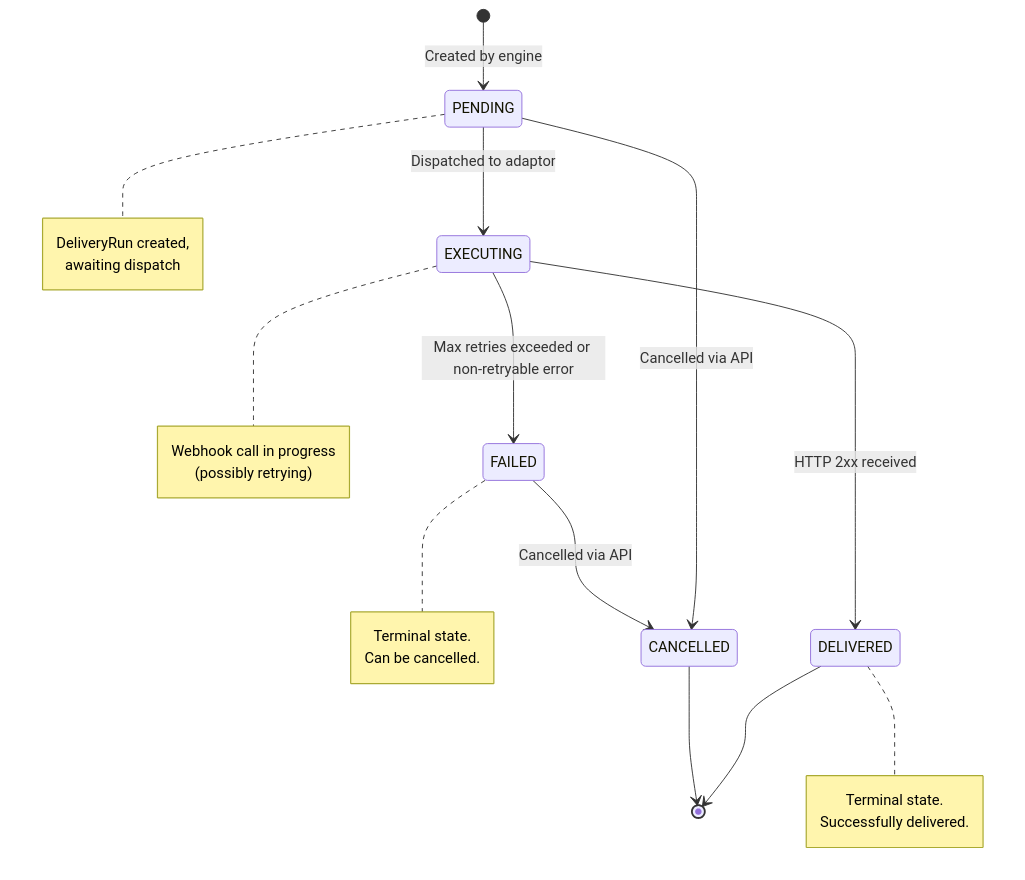
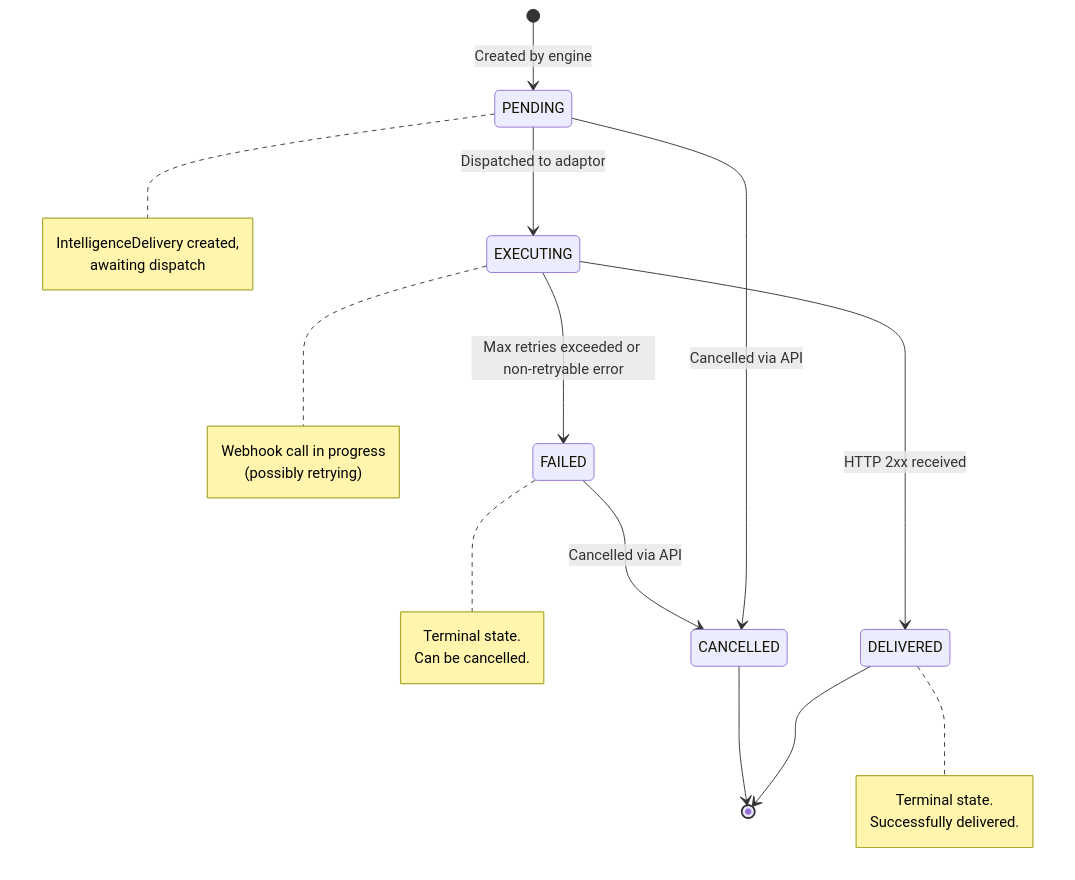
The eighth of 13 diagrams in docs/flow-diagrams.md (Jayaprakash8887/cce-intelligence-service), drawn with Mermaid before and after one commit. The commit also changed other lines of this file and 6 other files, not shown here.

First line of the commit message:
refactor: rename delivery_run and related entities to intelligence_delivery

````diff
--- a/docs/flow-diagrams.md
+++ b/docs/flow-diagrams.md
@@ -257,35 +257,35 @@
 ```mermaid
 stateDiagram-v2
     [*] --> PENDING : Created by engine
 
     PENDING --> EXECUTING : Dispatched to adaptor
     PENDING --> CANCELLED : Cancelled via API
 
     EXECUTING --> DELIVERED : HTTP 2xx received
     EXECUTING --> FAILED : Max retries exceeded or non-retryable error
 
     FAILED --> CANCELLED : Cancelled via API
 
     DELIVERED --> [*]
     CANCELLED --> [*]
 
     note right of PENDING
-        DeliveryRun created,
+        IntelligenceDelivery created,
         awaiting dispatch
     end note
 
     note right of EXECUTING
         Webhook call in progress
         (possibly retrying)
     end note
 
     note right of DELIVERED
         Terminal state.
         Successfully delivered.
     end note
 
     note right of FAILED
         Terminal state.
         Can be cancelled.
     end note
 ```
````
